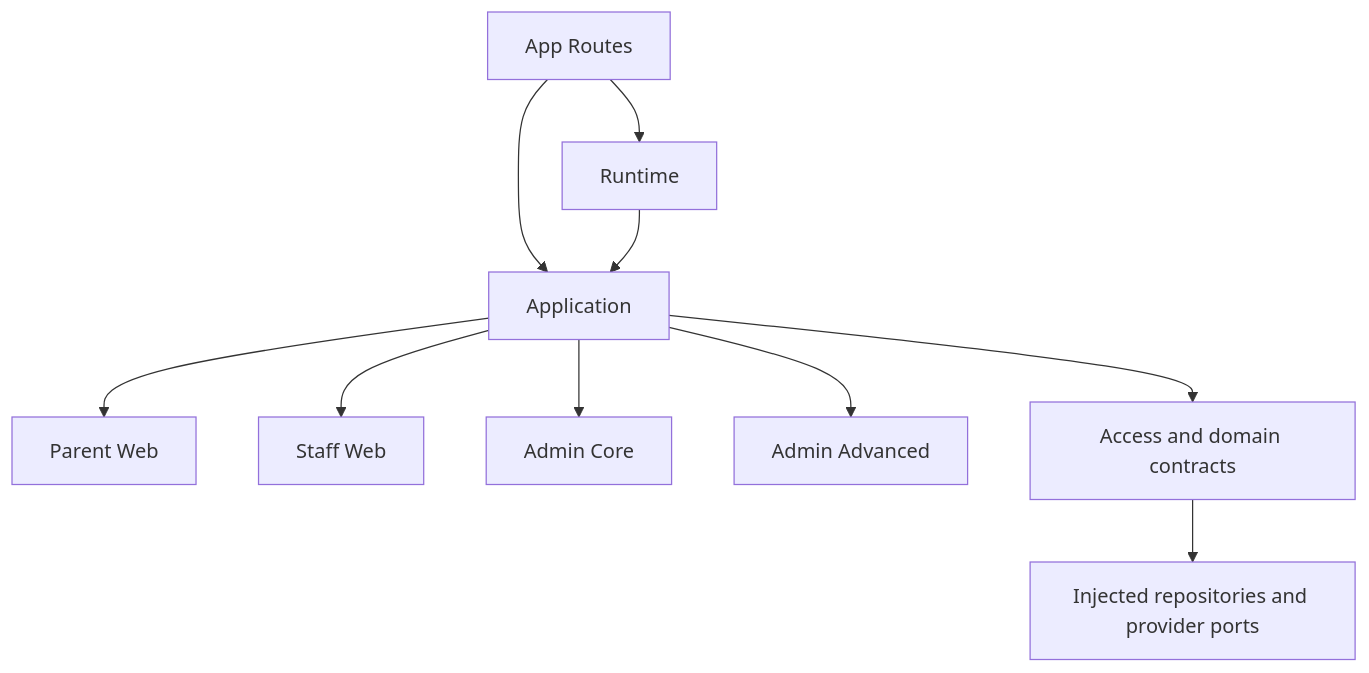
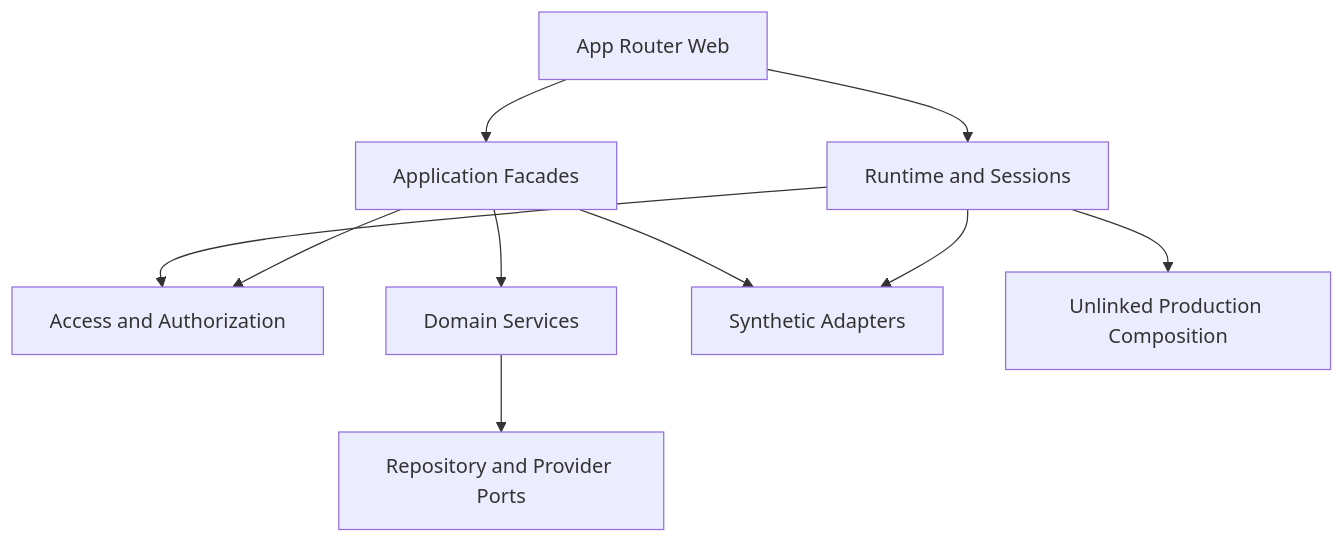
The first of 3 diagrams in aidlc/spaces/default/codekb/waldorf-community-task-manager/architecture.md (bbotond83/waldorf-community-task-manager), drawn with Mermaid before and after one commit. The commit also changed other lines of this file and 327 other files, not shown here.

````diff
--- a/aidlc/spaces/default/codekb/waldorf-community-task-manager/architecture.md
+++ b/aidlc/spaces/default/codekb/waldorf-community-task-manager/architecture.md
@@ -15,12 +15,20 @@
 ```mermaid
 flowchart TD
-  R["App Routes"] --> T["Runtime"]
-  R --> A["Application"]
-  T --> A
-  A --> P["Parent Web"]
-  A --> S["Staff Web"]
-  A --> C["Admin Core"]
-  A --> V["Admin Advanced"]
-  A --> D["Access and domain contracts"]
-  D --> I["Injected repositories and provider ports"]
+    Web["App Router Web"]
+    Runtime["Runtime and Sessions"]
+    Facades["Application Facades"]
+    Auth["Access and Authorization"]
+    Domains["Domain Services"]
+    Synthetic["Synthetic Adapters"]
+    Ports["Repository and Provider Ports"]
+    Production["Unlinked Production Composition"]
+    Web --> Runtime
+    Web --> Facades
+    Runtime --> Auth
+    Facades --> Auth
+    Facades --> Domains
+    Facades --> Synthetic
+    Domains --> Ports
+    Runtime --> Synthetic
+    Runtime --> Production
 ```
````
